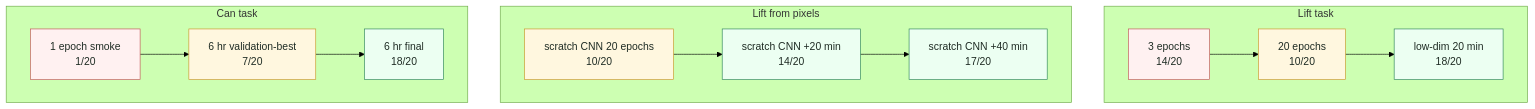
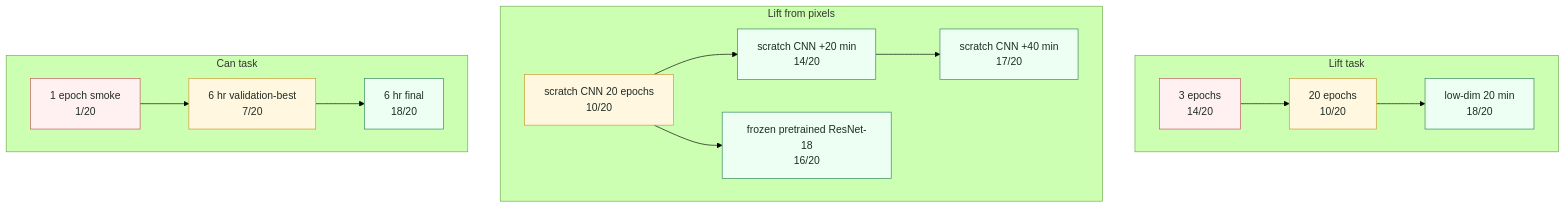
One commit to danhussey/act_implementation changed the second of 2 diagrams in README.md. Above: the diagram before and after it, drawn with Mermaid (forest theme). The commit also changed other lines of this file and 9 other files, not shown here.

Commit message:
Compare pretrained vision encoder

````diff
--- a/README.md
+++ b/README.md
@@ -77,34 +77,36 @@
 ```mermaid
 flowchart TD
     subgraph liftTask["Lift task"]
         direction LR
         liftEarly["3 epochs<br/>14/20"]
         liftMid["20 epochs<br/>10/20"]
         liftLong["low-dim 20 min<br/>18/20"]
         liftEarly --> liftMid --> liftLong
     end
 
     subgraph visionLift["Lift from pixels"]
         direction LR
         visionSmoke["scratch CNN 20 epochs<br/>10/20"]
         visionFirst["scratch CNN +20 min<br/>14/20"]
         visionLong["scratch CNN +40 min<br/>17/20"]
+        visionResnet["frozen pretrained ResNet-18<br/>16/20"]
         visionSmoke --> visionFirst --> visionLong
+        visionSmoke --> visionResnet
     end
 
     subgraph canTask["Can task"]
         direction LR
         canSmoke["1 epoch smoke<br/>1/20"]
         canBest["6 hr validation-best<br/>7/20"]
         canLast["6 hr final<br/>18/20"]
         canSmoke --> canBest --> canLast
     end
 
     classDef weak fill:#fff1f1,stroke:#c05656,color:#1f2c24
     classDef mid fill:#fff7df,stroke:#c9972b,color:#1f2c24
     classDef strong fill:#ecfff2,stroke:#2f855a,color:#1f2c24
 
     class liftEarly,canSmoke weak
     class liftMid,canBest,visionSmoke mid
-    class liftLong,canLast,visionFirst,visionLong strong
+    class liftLong,canLast,visionFirst,visionLong,visionResnet strong
 ```
````
